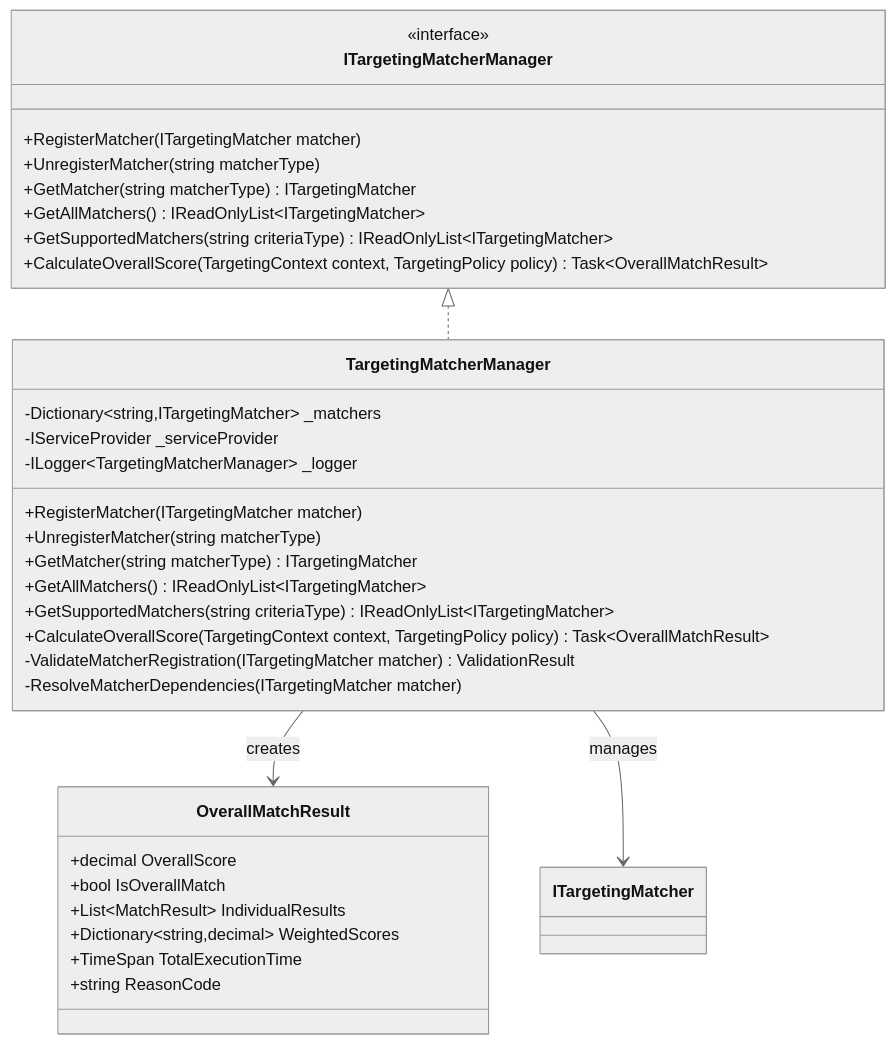
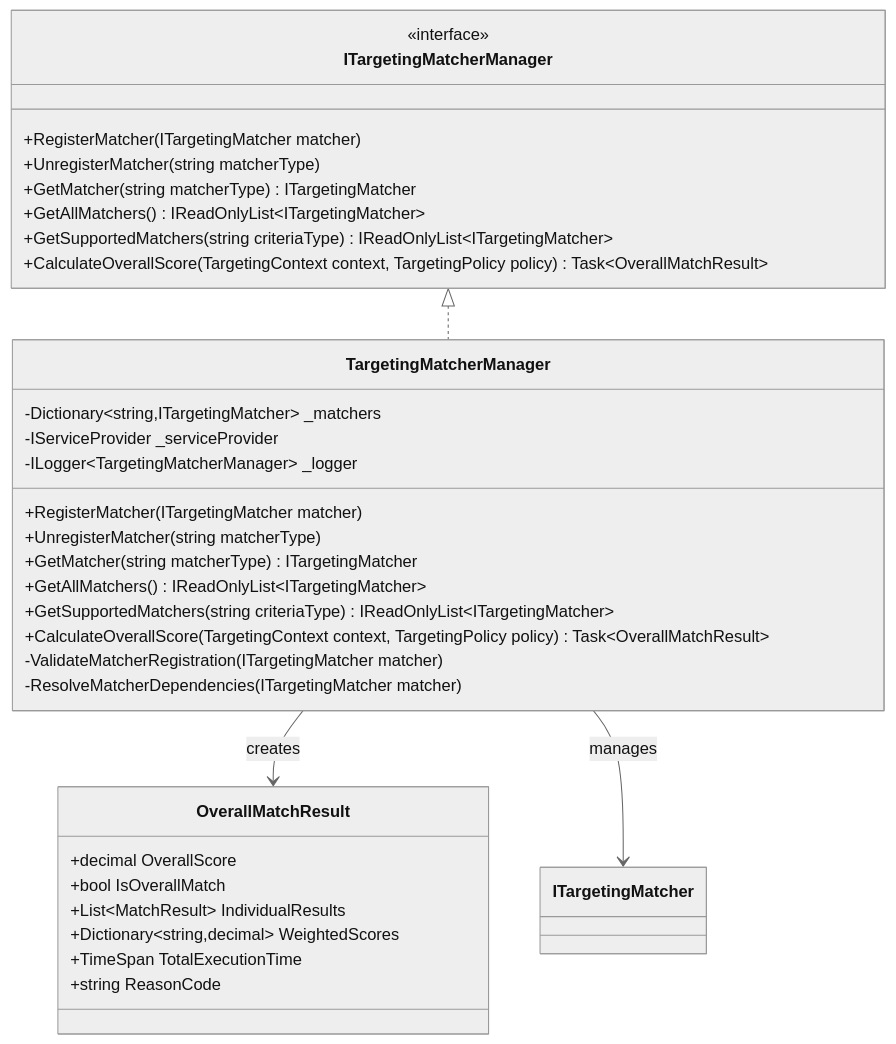
Before and after one commit to lornshrimp/Lorn.ADSP: diagram 15 of 16 in docs_TecDesign/广告投放引擎/广告引擎抽象层设计.md, drawn with Mermaid (neutral theme). The commit also changed other lines of this file and 20 other files, not shown here.

````diff
--- a/docs_TecDesign/广告投放引擎/广告引擎抽象层设计.md
+++ b/docs_TecDesign/广告投放引擎/广告引擎抽象层设计.md
@@ -1502,39 +1545,39 @@
 ```mermaid
 classDiagram
     class ITargetingMatcherManager {
         <<interface>>
         +RegisterMatcher(ITargetingMatcher matcher)
         +UnregisterMatcher(string matcherType)
         +GetMatcher(string matcherType) ITargetingMatcher
         +GetAllMatchers() IReadOnlyList~ITargetingMatcher~
         +GetSupportedMatchers(string criteriaType) IReadOnlyList~ITargetingMatcher~
         +CalculateOverallScore(TargetingContext context, TargetingPolicy policy) Task~OverallMatchResult~
     }
     
     class TargetingMatcherManager {
         -Dictionary~string,ITargetingMatcher~ _matchers
         -IServiceProvider _serviceProvider
         -ILogger~TargetingMatcherManager~ _logger
         +RegisterMatcher(ITargetingMatcher matcher)
         +UnregisterMatcher(string matcherType)
         +GetMatcher(string matcherType) ITargetingMatcher
         +GetAllMatchers() IReadOnlyList~ITargetingMatcher~
         +GetSupportedMatchers(string criteriaType) IReadOnlyList~ITargetingMatcher~
         +CalculateOverallScore(TargetingContext context, TargetingPolicy policy) Task~OverallMatchResult~
-        -ValidateMatcherRegistration(ITargetingMatcher matcher) ValidationResult
+        -ValidateMatcherRegistration(ITargetingMatcher matcher)
         -ResolveMatcherDependencies(ITargetingMatcher matcher)
     }
     
     class OverallMatchResult {
         +decimal OverallScore
         +bool IsOverallMatch
         +List~MatchResult~ IndividualResults
         +Dictionary~string,decimal~ WeightedScores
         +TimeSpan TotalExecutionTime
         +string ReasonCode
     }
     
     ITargetingMatcherManager <|.. TargetingMatcherManager
     TargetingMatcherManager --> OverallMatchResult : creates
     TargetingMatcherManager --> ITargetingMatcher : manages
 ```
````
